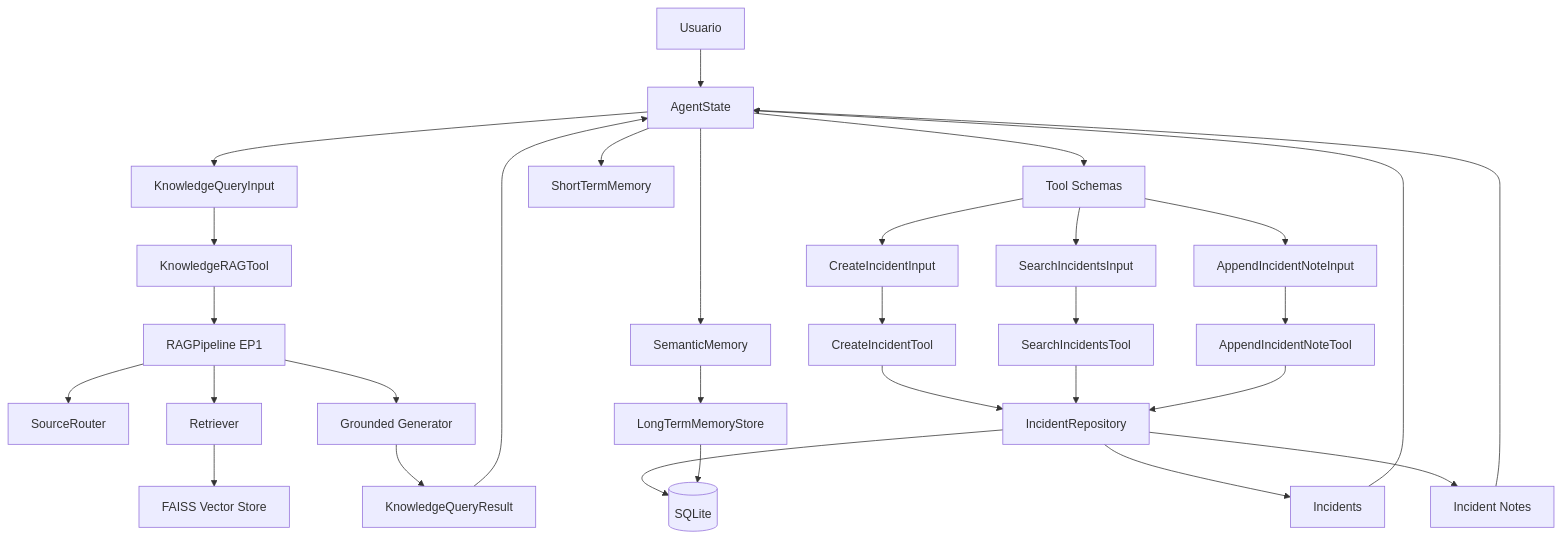
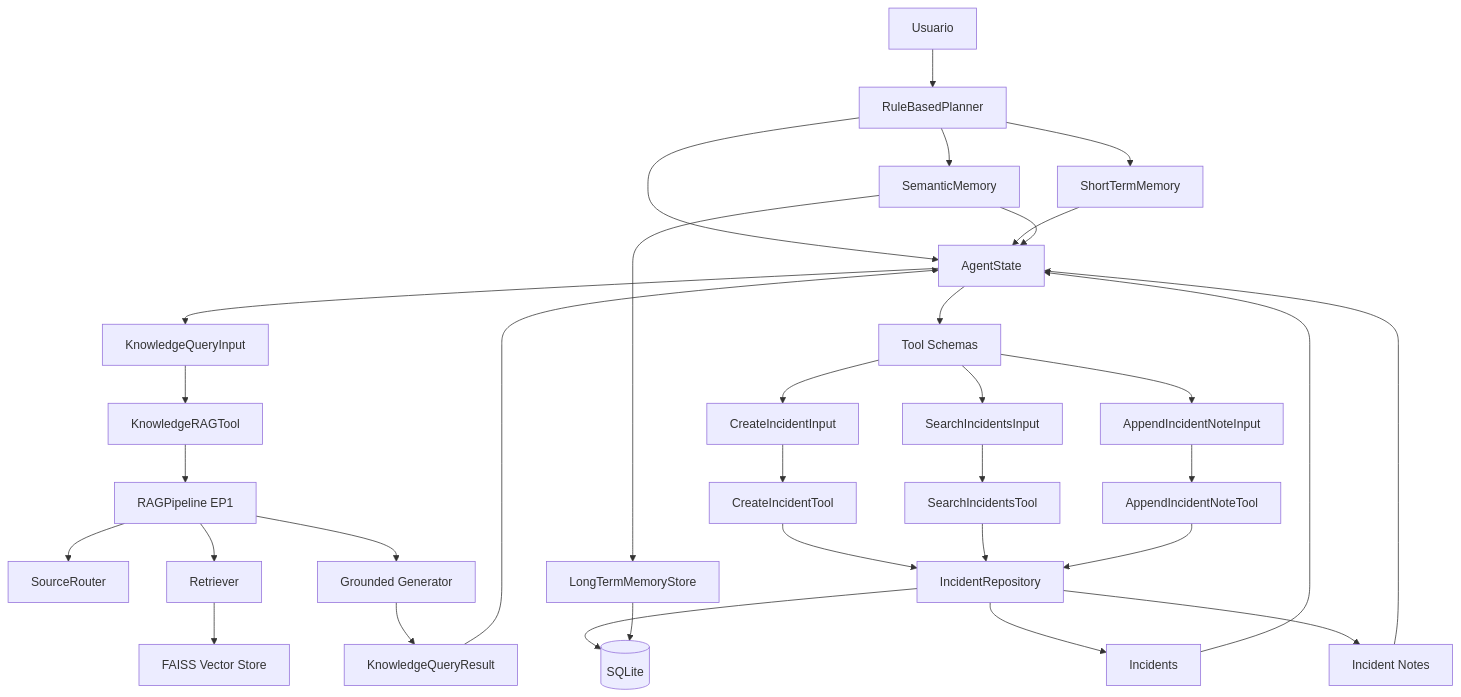
One commit to HikariLucy/KnowledgeFlow-Agent changed the first of 2 diagrams in README.md. Above: the diagram before and after it, drawn with Mermaid. The commit also changed other lines of this file, not shown here.

Commit message:
docs: document memory-aware planner

```diff
--- a/README.md
+++ b/README.md
@@ -138,40 +140,43 @@
 ~~~mermaid
 flowchart TD
-    U[Usuario] --> AS[AgentState]
+    U[Usuario] --> P[RuleBasedPlanner]
+    P --> AS[AgentState]
 
     AS --> KQT[KnowledgeQueryInput]
     KQT --> KRT[KnowledgeRAGTool]
 
     KRT --> RP[RAGPipeline EP1]
     RP --> SR[SourceRouter]
     RP --> RET[Retriever]
     RET --> VS[FAISS Vector Store]
     RP --> GEN[Grounded Generator]
     GEN --> KR[KnowledgeQueryResult]
 
     AS --> TS[Tool Schemas]
     TS --> CI[CreateIncidentInput]
     TS --> SI[SearchIncidentsInput]
     TS --> AN[AppendIncidentNoteInput]
 
     CI --> CIT[CreateIncidentTool]
     SI --> SIT[SearchIncidentsTool]
     AN --> NIT[AppendIncidentNoteTool]
 
     DB[(SQLite)]
     CIT --> IR[IncidentRepository]
     SIT --> IR
     NIT --> IR
     IR --> DB
     IR --> INC[Incidents]
     IR --> NOTES[Incident Notes]
 
     KR --> AS
     INC --> AS
     NOTES --> AS
 
-    AS --> STM[ShortTermMemory]
-    AS --> SM[SemanticMemory]
+    P --> STM[ShortTermMemory]
+    P --> SM[SemanticMemory]
+    STM --> AS
+    SM --> AS
     SM --> LTM[LongTermMemoryStore]
     LTM --> DB
 ~~~
```
